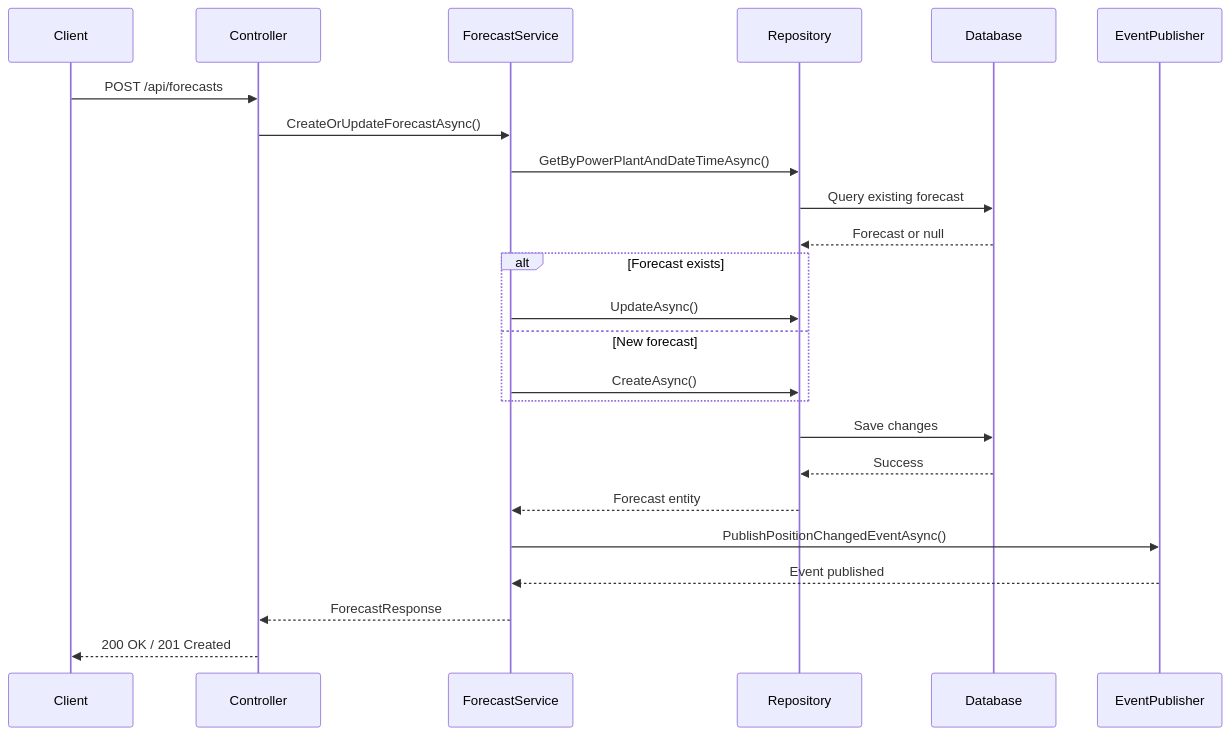
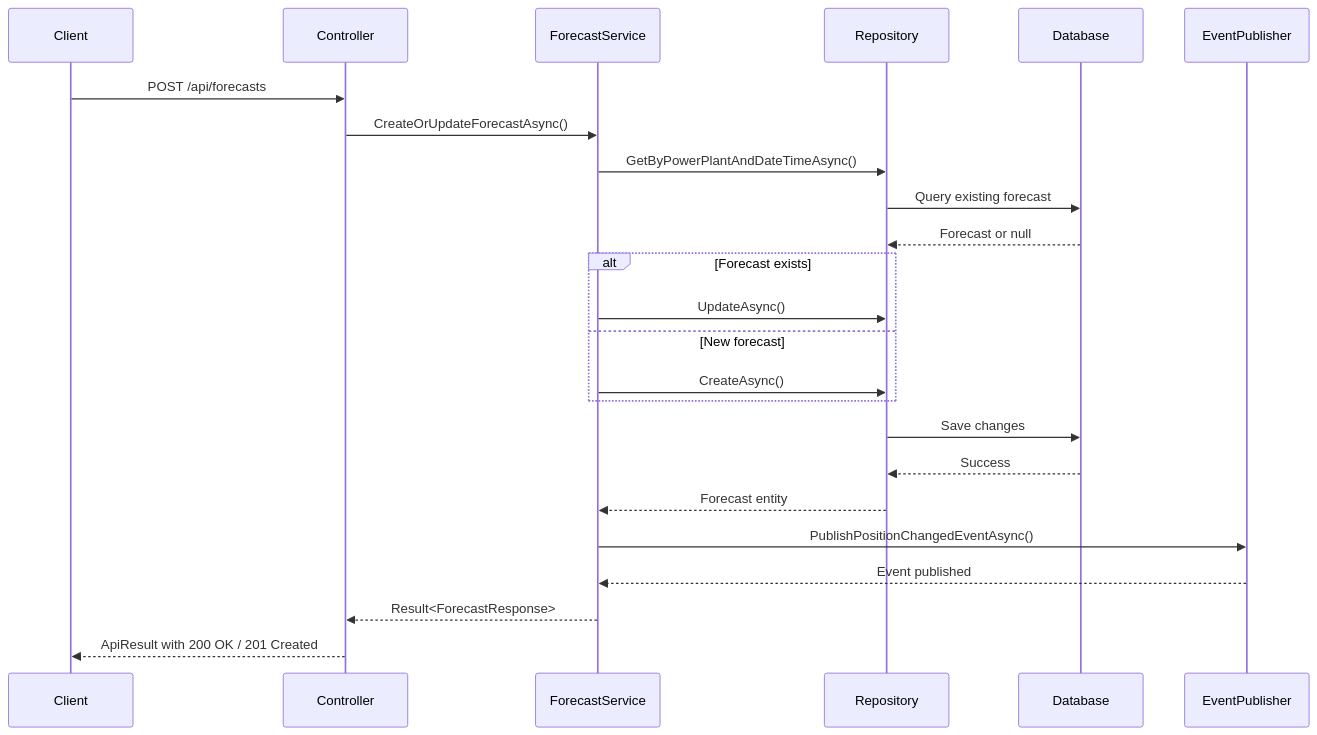
The third of 5 diagrams in ARCHITECTURE.md (EmrKsm/volue-forecast), drawn with Mermaid before and after one commit. The commit also changed other lines of this file and 2 other files, not shown here.

Commit message:
feat: Update architecture and decision log to reflect C# 14 features and RabbitMQ integration

````diff
--- a/ARCHITECTURE.md
+++ b/ARCHITECTURE.md
@@ -174,29 +194,29 @@
 ```mermaid
 sequenceDiagram
     participant Client
     participant Controller
     participant ForecastService
     participant Repository
     participant Database
     participant EventPublisher
     
     Client->>Controller: POST /api/forecasts
     Controller->>ForecastService: CreateOrUpdateForecastAsync()
     ForecastService->>Repository: GetByPowerPlantAndDateTimeAsync()
     Repository->>Database: Query existing forecast
     Database-->>Repository: Forecast or null
     
     alt Forecast exists
         ForecastService->>Repository: UpdateAsync()
     else New forecast
         ForecastService->>Repository: CreateAsync()
     end
     
     Repository->>Database: Save changes
     Database-->>Repository: Success
     Repository-->>ForecastService: Forecast entity
     ForecastService->>EventPublisher: PublishPositionChangedEventAsync()
     EventPublisher-->>ForecastService: Event published
-    ForecastService-->>Controller: ForecastResponse
-    Controller-->>Client: 200 OK / 201 Created
+    ForecastService-->>Controller: Result<ForecastResponse>
+    Controller-->>Client: ApiResult with 200 OK / 201 Created
 ```
````
